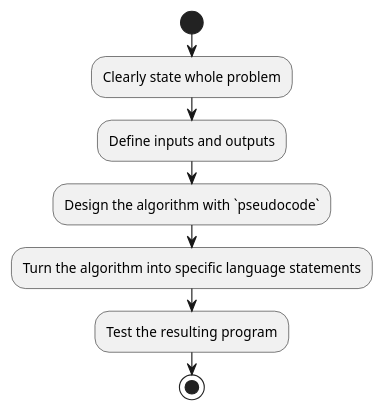
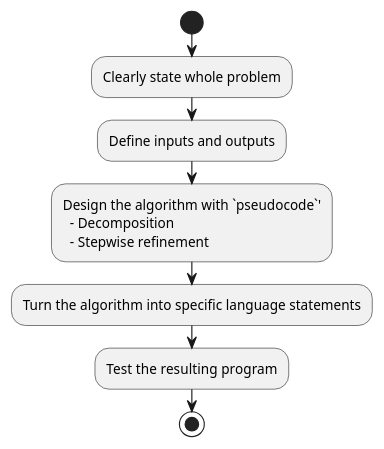
Before and after one commit to UPPMAX/programming_formalisms_intro: the third of 4 diagrams in doc/intro.md, drawn with PlantUML.

Commit message:
uml Top down

````diff
--- a/doc/intro.md
+++ b/doc/intro.md
@@ -292,11 +292,15 @@
 ```{uml}
 @startuml
 start
 :Clearly state whole problem;
 :Define inputs and outputs;
-:Design the algorithm with `pseudocode`;
+:Design the algorithm with `pseudocode`'
+  - Decomposition
+  - Stepwise refinement;
 :Turn the algorithm into specific language statements;
 :Test the resulting program;
+
 stop
+
 @enduml
 ```
````
